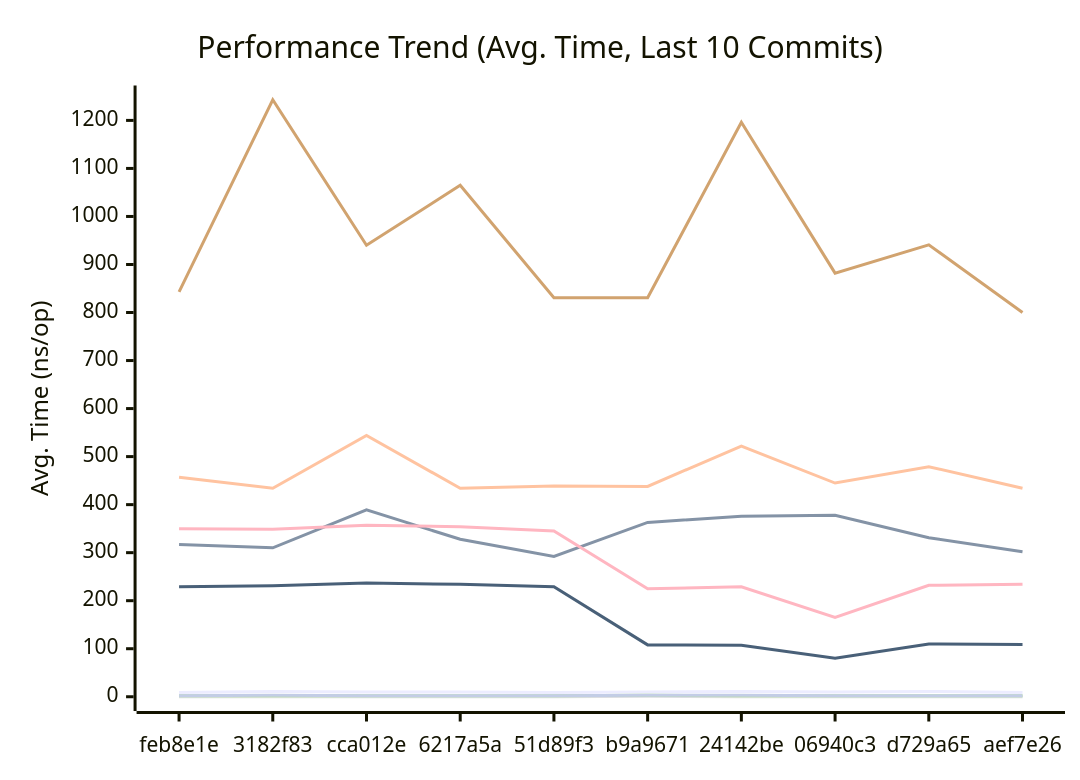
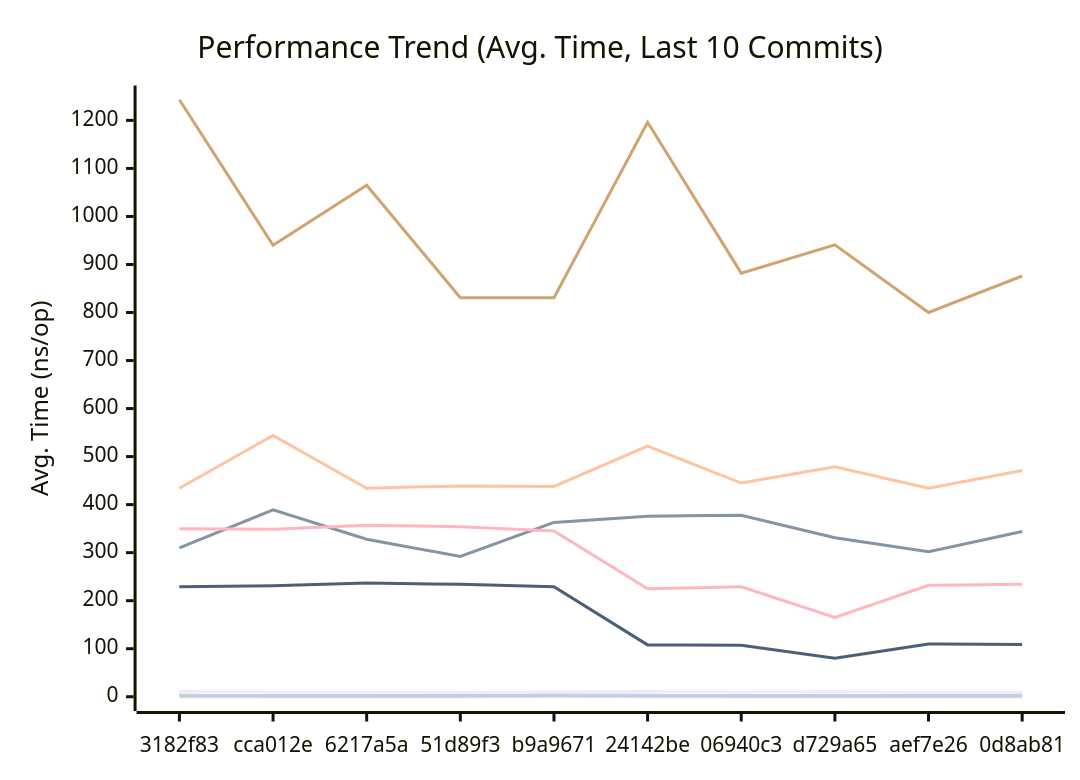
The first of 3 diagrams in docs/PERFORMANCE.md (alsotoes/momo), drawn with Mermaid before and after one commit. The commit also changed other lines of this file and 4 other files, not shown here.

````diff
--- a/docs/PERFORMANCE.md
+++ b/docs/PERFORMANCE.md
@@ -80,16 +80,16 @@
 ```mermaid
 xychart-beta
     title "Performance Trend (Avg. Time, Last 10 Commits)"
     x-axis "Commit"
     y-axis "Avg. Time (ns/op)"
-    x-axis [feb8e1e,3182f83,cca012e,6217a5a,51d89f3,b9a9671,24142be,06940c3,d729a65,aef7e26]
-    line "CheckMetricsAndSwap" [9,11,10,10,9,10,11,10,11,9]
-    line "CrushOptimized" [317,310,389,328,292,363,376,378,331,302]
-    line "CrushOriginal" [457,434,544,434,439,438,522,445,479,434]
-    line "IndexDirectTracking" [0,0,0,0,0,1,0,0,0,0]
-    line "IndexSearch" [2,2,2,2,2,3,2,2,2,2]
-    line "LoadGlobalConfig" [843,1243,940,1065,831,831,1196,882,941,800]
-    line "PadString" [2,3,2,2,2,3,3,2,2,2]
+    x-axis [3182f83,cca012e,6217a5a,51d89f3,b9a9671,24142be,06940c3,d729a65,aef7e26,0d8ab81]
+    line "CheckMetricsAndSwap" [11,10,10,9,10,11,10,11,9,9]
+    line "CrushOptimized" [310,389,328,292,363,376,378,331,302,344]
+    line "CrushOriginal" [434,544,434,439,438,522,445,479,434,471]
+    line "IndexDirectTracking" [0,0,0,0,1,0,0,0,0,0]
+    line "IndexSearch" [2,2,2,2,3,2,2,2,2,2]
+    line "LoadGlobalConfig" [1243,940,1065,831,831,1196,882,941,800,876]
+    line "PadString" [3,2,2,2,3,3,2,2,2,2]
     line "ParseReplicationOrder_NoPrealloc" [350,349,357,354,345,225,229,165,232,234]
     line "ParseReplicationOrder_Prealloc" [229,231,237,234,229,108,107,80,110,109]
 ```
````
